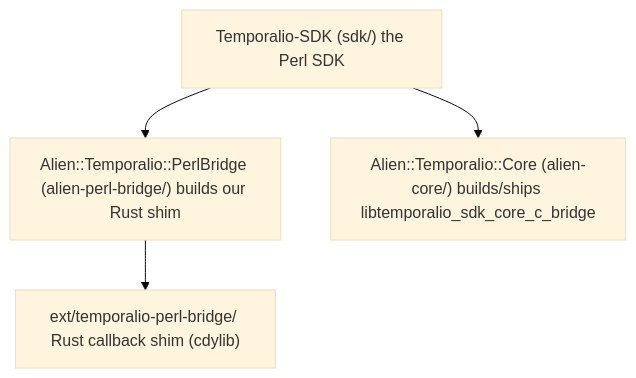
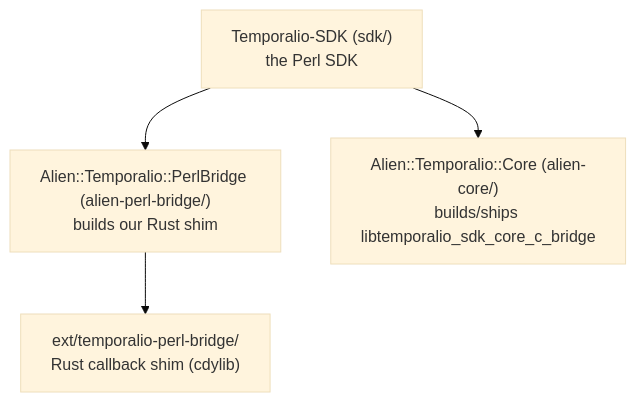
The diagram in README.md (MasonEgger/sdk-perl), drawn with Mermaid (base theme) before and after one commit. The commit also changed other lines of this file and 2 other files, not shown here.

````diff
--- a/README.md
+++ b/README.md
@@ -17,11 +176,11 @@
 ```mermaid
 flowchart TD
-    SDK["Temporalio-SDK (sdk/) the Perl SDK"]
-    PB["Alien::Temporalio::PerlBridge (alien-perl-bridge/) builds our Rust shim"]
-    CORE["Alien::Temporalio::Core (alien-core/) builds/ships libtemporalio_sdk_core_c_bridge"]
-    SHIM["ext/temporalio-perl-bridge/ Rust callback shim (cdylib)"]
+    SDK["Temporalio-SDK (sdk/)<br/>the Perl SDK"]
+    PB["Alien::Temporalio::PerlBridge (alien-perl-bridge/)<br/>builds our Rust shim"]
+    CORE["Alien::Temporalio::Core (alien-core/)<br/>builds/ships libtemporalio_sdk_core_c_bridge"]
+    SHIM["ext/temporalio-perl-bridge/<br/>Rust callback shim (cdylib)"]
 
     SDK --> PB
     SDK --> CORE
     PB --> SHIM
 ```
````
